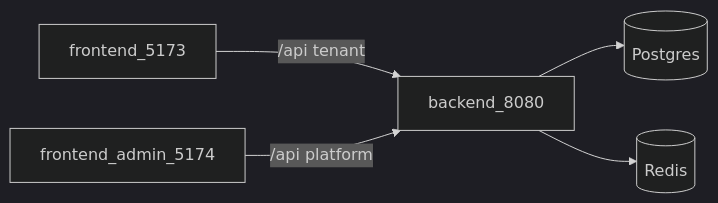
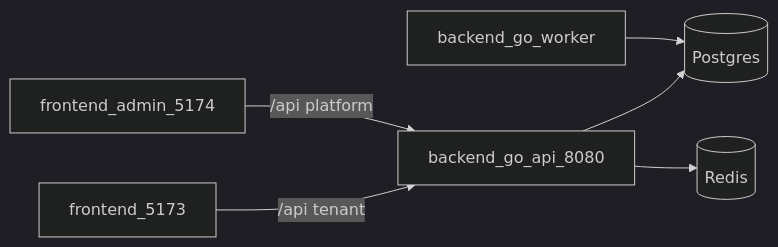
The first of 2 diagrams in docs/PLAN.md (beat-kuliah/finbiz), drawn with Mermaid (dark theme) before and after one commit. The commit also changed other lines of this file and 104 other files, not shown here.

````diff
--- a/docs/PLAN.md
+++ b/docs/PLAN.md
@@ -151,12 +154,14 @@
 ```mermaid
 flowchart LR
   FE[frontend_5173]
   ADM[frontend_admin_5174]
-  BE[backend_8080]
+  API[backend_go_api_8080]
+  WRK[backend_go_worker]
   PG[(Postgres)]
   RD[(Redis)]
-  FE -->|/api tenant| BE
-  ADM -->|/api platform| BE
-  BE --> PG
-  BE --> RD
+  FE -->|/api tenant| API
+  ADM -->|/api platform| API
+  API --> PG
+  API --> RD
+  WRK --> PG
 ```
````
